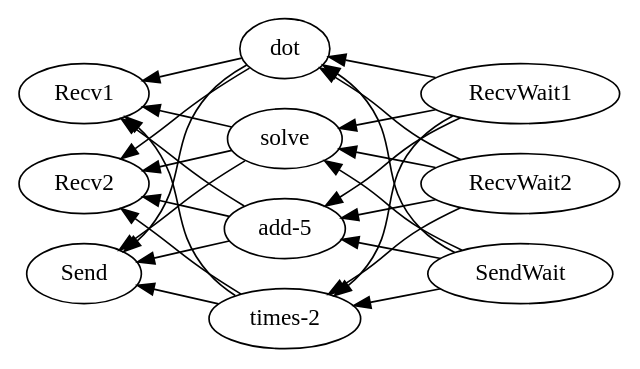
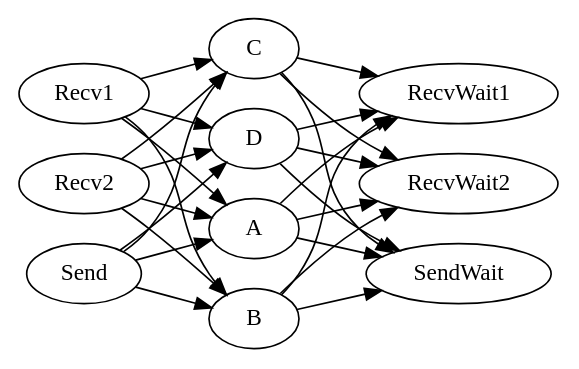
Before and after one commit to mrocklin/mrocklin.github.io: the diagram in pub/ordering/comp-comm.dot, drawn with Graphviz. The commit also changed 5 other files, not shown here.

```diff
--- a/pub/ordering/comp-comm.dot
+++ b/pub/ordering/comp-comm.dot
@@ -1,27 +1,31 @@
 digraph{
-    rankdir = RL;
-    RecvWait1 -> "add-5";
-    RecvWait1 -> "times-2";
-    RecvWait1 -> dot;
-    RecvWait1 -> solve;
-    RecvWait2 -> "add-5";
-    RecvWait2 -> "times-2";
-    RecvWait2 -> dot;
-    RecvWait2 -> solve;
-    SendWait -> "add-5";
-    SendWait -> "times-2";
-    SendWait -> dot;
-    SendWait -> solve;
-    "add-5" -> Recv1;
-    "times-2" -> Recv1;
-    dot -> Recv1;
-    solve -> Recv1;
-    "add-5" -> Recv2;
-    "times-2" -> Recv2;
-    dot -> Recv2;
-    solve -> Recv2;
-    "add-5" -> Send;
-    "times-2" -> Send;
-    dot -> Send;
-    solve -> Send;
+    rankdir = LR;
+    A;
+    B;
+    C;
+    D;
+    A -> RecvWait1;
+    B -> RecvWait1;
+    C-> RecvWait1;
+    D-> RecvWait1;
+    A-> RecvWait2;
+    B-> RecvWait2;
+    C-> RecvWait2;
+    D-> RecvWait2;
+    A-> SendWait;
+    B-> SendWait;
+    C-> SendWait;
+    D-> SendWait;
+    Recv1 -> A;
+    Recv1 -> B;
+    Recv1 -> C;
+    Recv1 -> D;
+    Recv2 -> A;
+    Recv2 -> B;
+    Recv2 -> C;
+    Recv2 -> D;
+    Send -> A;
+    Send -> B;
+    Send -> C;
+    Send -> D;
 }
```
